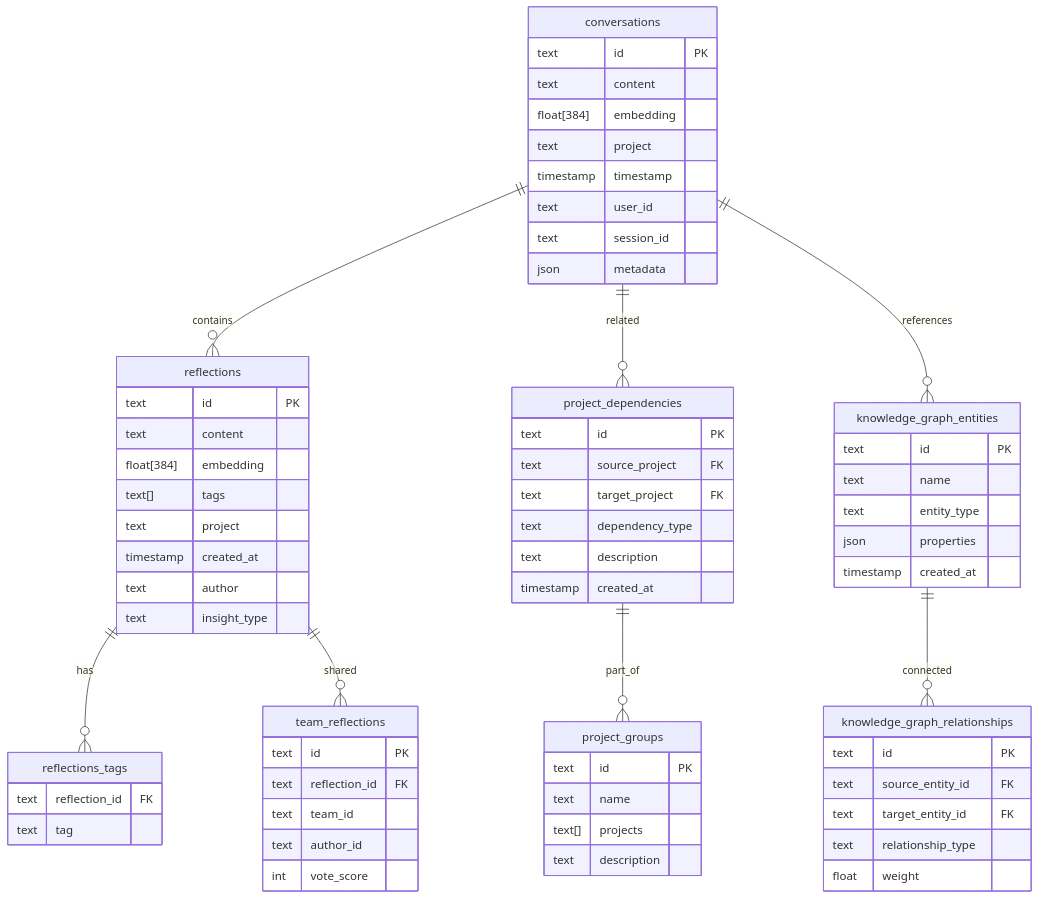
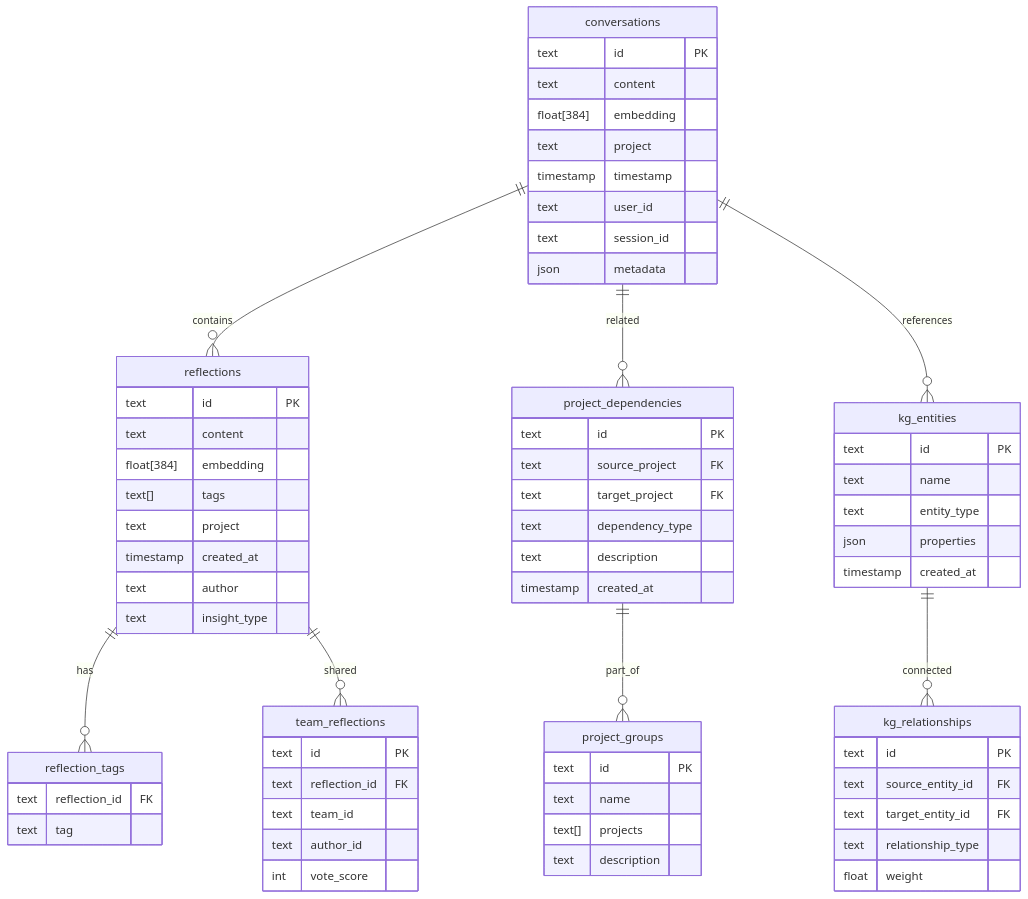
Before and after one commit to lesleslie/session-buddy: the fourth of 5 diagrams in docs/developer/ARCHITECTURE.md, drawn with Mermaid.

Commit message:
fix(session-buddy): fix table names in developer ARCHITECTURE ER diagram

````diff
--- a/docs/developer/ARCHITECTURE.md
+++ b/docs/developer/ARCHITECTURE.md
@@ -344,77 +344,77 @@
 ```mermaid
 erDiagram
     conversations ||--o{ reflections : contains
     conversations ||--o{ project_dependencies : related
-    conversations ||--o{ knowledge_graph_entities : references
-    reflections ||--o{ reflections_tags : has
+    conversations ||--o{ kg_entities : references
+    reflections ||--o{ reflection_tags : has
     reflections ||--o{ team_reflections : shared
     project_dependencies ||--o{ project_groups : part_of
-    knowledge_graph_entities ||--o{ knowledge_graph_relationships : connected
+    kg_entities ||--o{ kg_relationships : connected
 
     conversations {
         text id PK
         text content
         float[384] embedding
         text project
         timestamp timestamp
         text user_id
         text session_id
         json metadata
     }
 
     reflections {
         text id PK
         text content
         float[384] embedding
         text[] tags
         text project
         timestamp created_at
         text author
         text insight_type
     }
 
     project_dependencies {
         text id PK
         text source_project FK
         text target_project FK
         text dependency_type
         text description
         timestamp created_at
     }
 
     project_groups {
         text id PK
         text name
         text[] projects
         text description
     }
 
-    knowledge_graph_entities {
+    kg_entities {
         text id PK
         text name
         text entity_type
         json properties
         timestamp created_at
     }
 
-    knowledge_graph_relationships {
+    kg_relationships {
         text id PK
         text source_entity_id FK
         text target_entity_id FK
         text relationship_type
         float weight
     }
 
     team_reflections {
         text id PK
         text reflection_id FK
         text team_id
         text author_id
         int vote_score
     }
 
-    reflections_tags {
+    reflection_tags {
         text reflection_id FK
         text tag
     }
 ```
````
